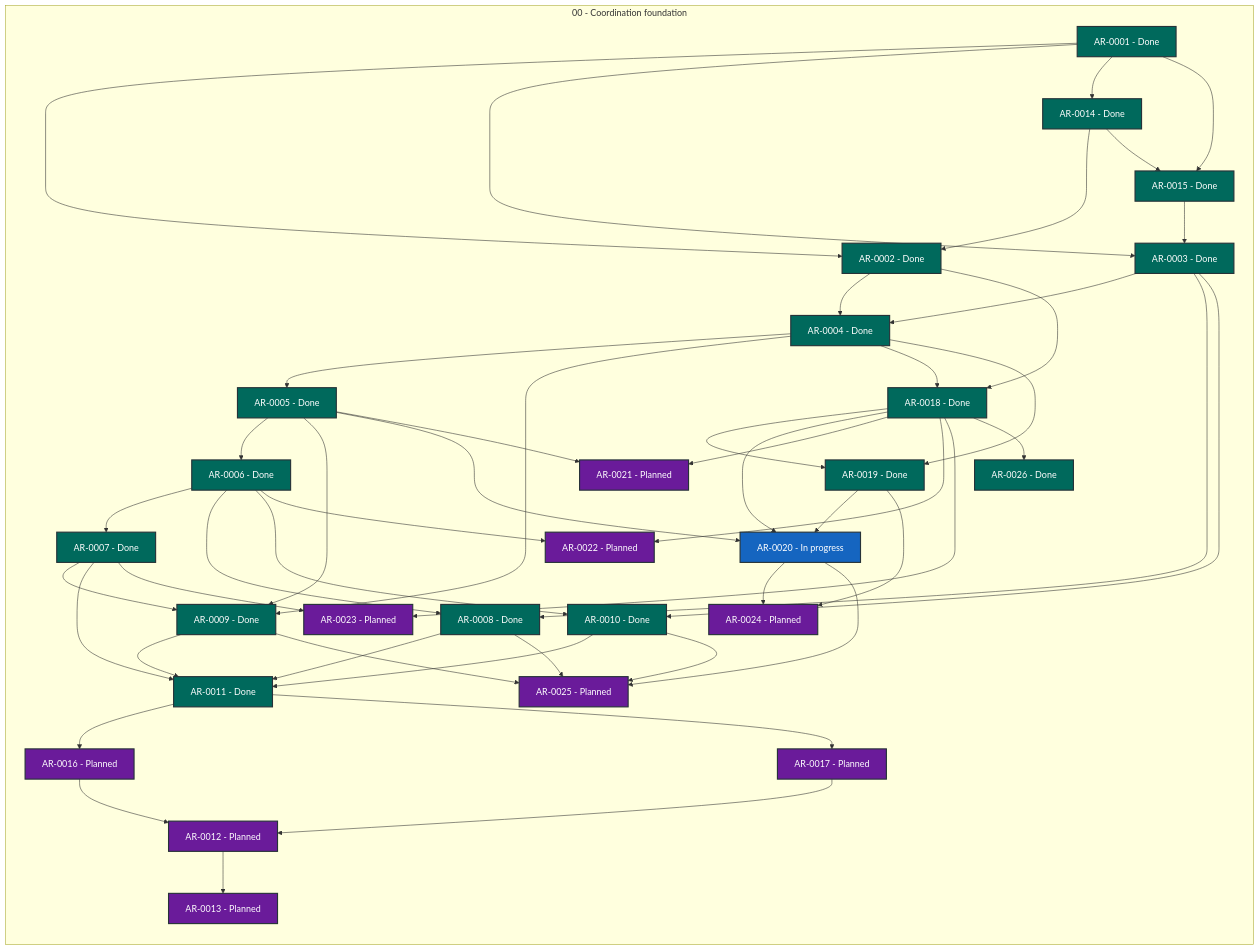
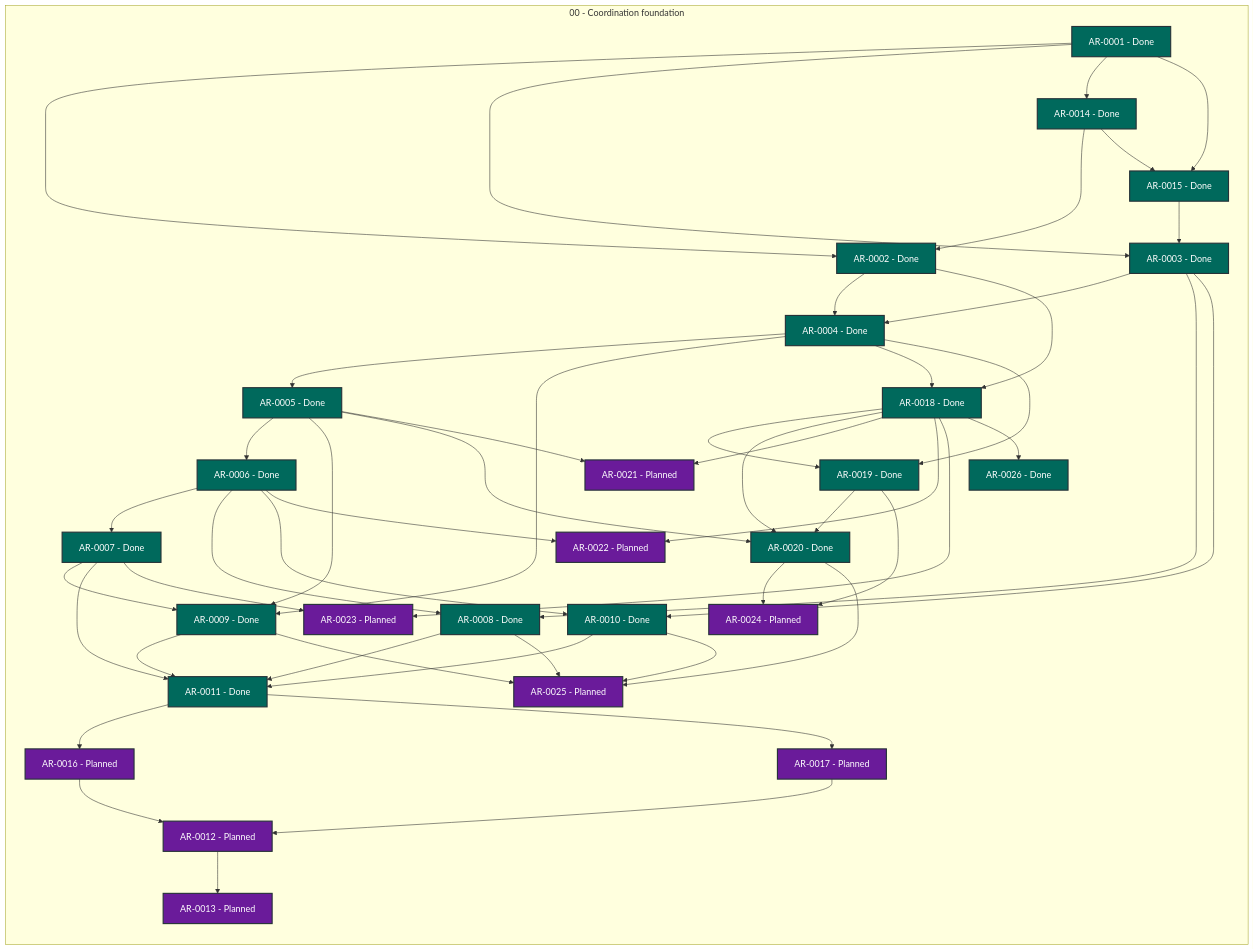
The diagram in STATUS.md (martin-beck/agent-workflow-tui-state), drawn with Mermaid before and after one commit. The commit also changed other lines of this file and 2 other files, not shown here.

```diff
--- a/STATUS.md
+++ b/STATUS.md
@@ -47,7 +47,7 @@
         AR_0017["AR-0017 - Planned"]:::status_planned
         AR_0018["AR-0018 - Done"]:::status_done
         AR_0019["AR-0019 - Done"]:::status_done
-        AR_0020["AR-0020 - In progress"]:::status_in_progress
+        AR_0020["AR-0020 - Done"]:::status_done
         AR_0021["AR-0021 - Planned"]:::status_planned
         AR_0022["AR-0022 - Planned"]:::status_planned
         AR_0023["AR-0023 - Planned"]:::status_planned
```
